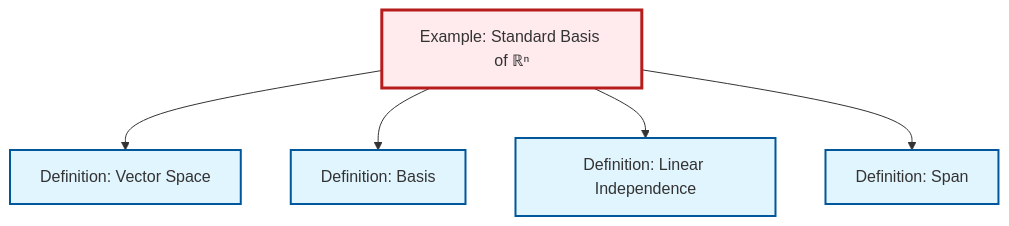
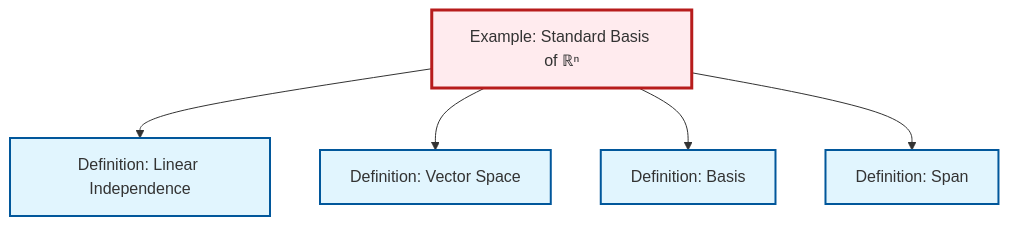
Before and after one commit to RK0429/ModernMath: the diagram in content/en/algebra/ex-standard-basis-rn.qmd, drawn with Mermaid. The commit also changed other lines of this file and 417 other files, not shown here.

````diff
--- a/content/en/algebra/ex-standard-basis-rn.qmd
+++ b/content/en/algebra/ex-standard-basis-rn.qmd
@@ -62,23 +62,23 @@
 ```{mermaid}
 %%| fig-cap: "Local dependency graph"
 graph TD
     classDef definition fill:#e1f5fe,stroke:#01579b,stroke-width:2px
     classDef theorem fill:#f3e5f5,stroke:#4a148c,stroke-width:2px
     classDef axiom fill:#fff3e0,stroke:#e65100,stroke-width:2px
     classDef example fill:#e8f5e9,stroke:#1b5e20,stroke-width:2px
     classDef current fill:#ffebee,stroke:#b71c1c,stroke-width:3px
+    def-linear-independence["Definition: Linear Independence"]:::definition
+    def-vector-space["Definition: Vector Space"]:::definition
+    def-span["Definition: Span"]:::definition
     ex-standard-basis-rn["Example: Standard Basis of ℝⁿ"]:::example
     def-basis["Definition: Basis"]:::definition
-    def-linear-independence["Definition: Linear Independence"]:::definition
-    def-span["Definition: Span"]:::definition
-    def-vector-space["Definition: Vector Space"]:::definition
+    ex-standard-basis-rn --> def-linear-independence
     ex-standard-basis-rn --> def-vector-space
     ex-standard-basis-rn --> def-basis
-    ex-standard-basis-rn --> def-linear-independence
     ex-standard-basis-rn --> def-span
     class ex-standard-basis-rn current
+    click def-linear-independence "def-linear-independence.html" "Go to Linear Independence definition"
+    click def-vector-space "def-vector-space.html" "Go to Vector Space definition"
+    click def-span "def-span.html" "Go to Span definition"
     click def-basis "def-basis.html" "Go to Basis definition"
-    click def-linear-independence "def-linear-independence.html" "Go to Linear Independence definition"
-    click def-span "def-span.html" "Go to Span definition"
-    click def-vector-space "def-vector-space.html" "Go to Vector Space definition"
 ```
````
